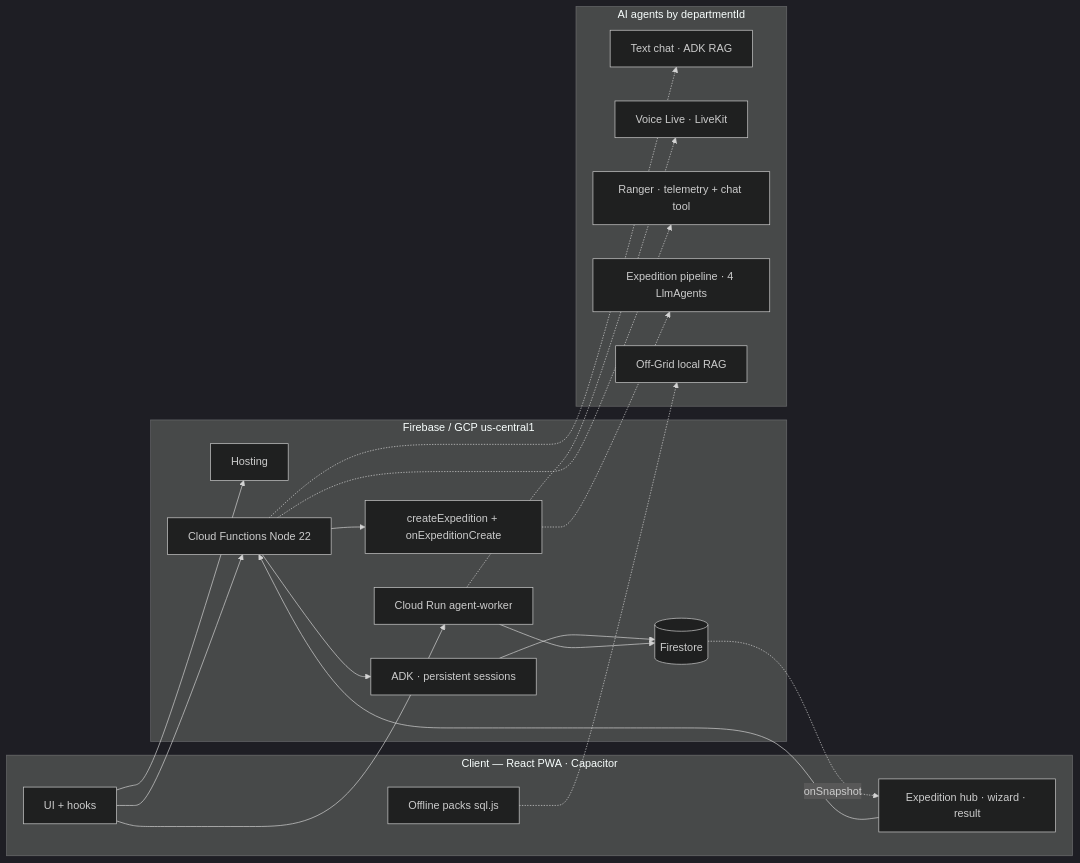
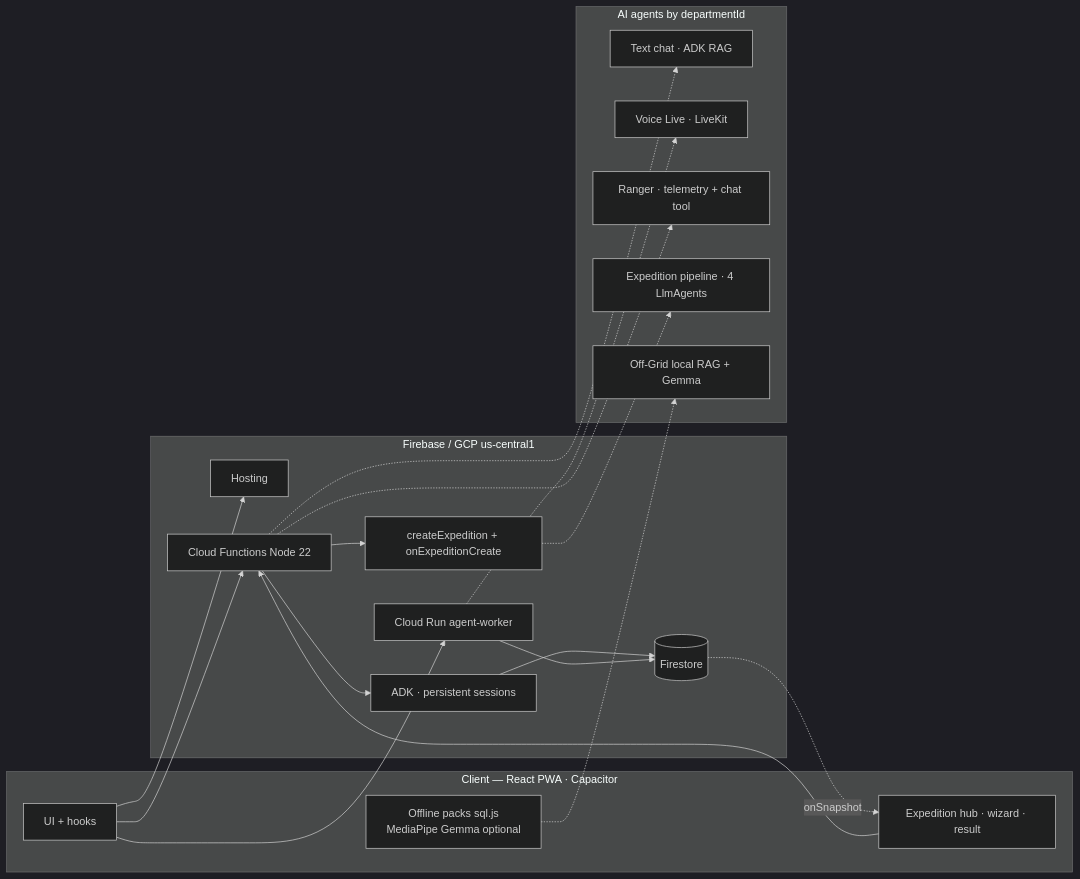
One commit to hiddenappco/hiddenapp changed the diagram in README.md. Above: the diagram before and after it, drawn with Mermaid (dark theme). The commit also changed other lines of this file and 64 other files, not shown here.

First line of the commit message:
feat(product): Gemma on-device inference, offline history, premium UX (Jun 20)

````diff
--- a/README.md
+++ b/README.md
@@ -99,40 +100,40 @@
 ```mermaid
 flowchart LR
     subgraph Client["Client — React PWA · Capacitor"]
         UI[UI + hooks]
         EXPH[Expedition hub · wizard · result]
-        OFF[Offline packs sql.js]
+        OFF[Offline packs sql.js<br/>MediaPipe Gemma optional]
     end
 
     subgraph GCP["Firebase / GCP us-central1"]
         HOST[Hosting]
         FS[(Firestore)]
         CFN[Cloud Functions Node 22]
         ADK[ADK · persistent sessions]
         EXP[createExpedition + onExpeditionCreate]
         RUN[Cloud Run agent-worker]
     end
 
     subgraph Agents["AI agents by departmentId"]
         A1[Text chat · ADK RAG]
         A2[Voice Live · LiveKit]
         A3[Ranger · telemetry + chat tool]
         A5[Expedition pipeline · 4 LlmAgents]
-        A4[Off-Grid local RAG]
+        A4[Off-Grid local RAG + Gemma]
     end
 
     UI --> HOST
     UI --> CFN
     UI --> RUN
     EXPH --> CFN
     CFN --> ADK
     ADK --> FS
     CFN --> EXP
     EXP -.-> A5
     FS -.->|onSnapshot| EXPH
     RUN --> FS
     OFF -.-> A4
     CFN -.-> A1
     RUN -.-> A2
     CFN -.-> A3
 ```
````
